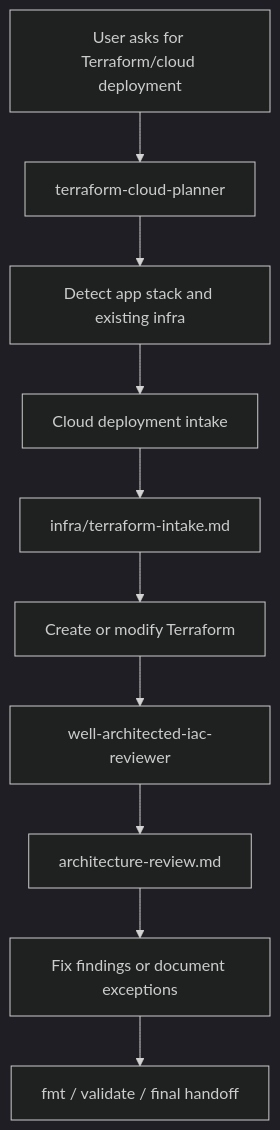
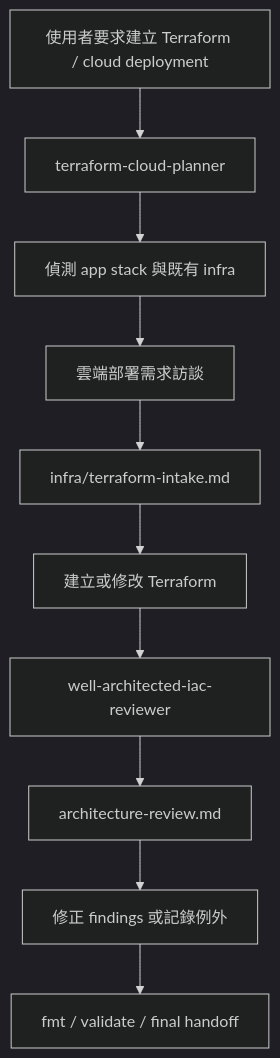
The diagram in README.md (Andybobo0825/cloud_deploy_skill), drawn with Mermaid (dark theme) before and after one commit. The commit also changed other lines of this file, not shown here.

````diff
--- a/README.md
+++ b/README.md
@@ -85,12 +105,12 @@
 ```mermaid
 flowchart TD
-  A[User asks for Terraform/cloud deployment] --> B[terraform-cloud-planner]
-  B --> C[Detect app stack and existing infra]
-  C --> D[Cloud deployment intake]
+  A[使用者要求建立 Terraform / cloud deployment] --> B[terraform-cloud-planner]
+  B --> C[偵測 app stack 與既有 infra]
+  C --> D[雲端部署需求訪談]
   D --> E[infra/terraform-intake.md]
-  E --> F[Create or modify Terraform]
+  E --> F[建立或修改 Terraform]
   F --> G[well-architected-iac-reviewer]
   G --> H[architecture-review.md]
-  H --> I[Fix findings or document exceptions]
+  H --> I[修正 findings 或記錄例外]
   I --> J[fmt / validate / final handoff]
 ```
````
